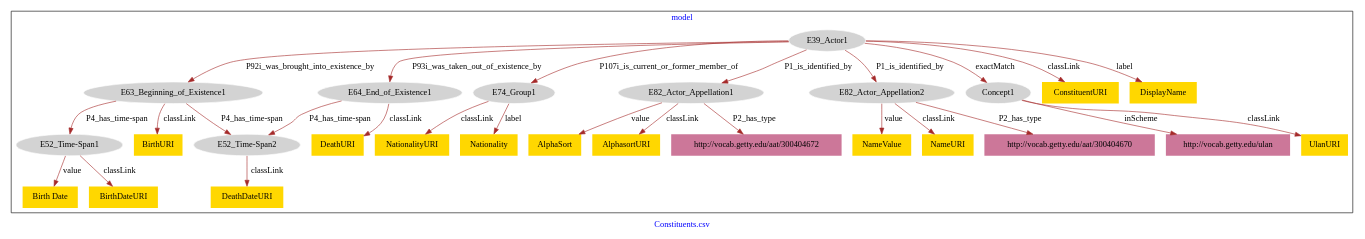
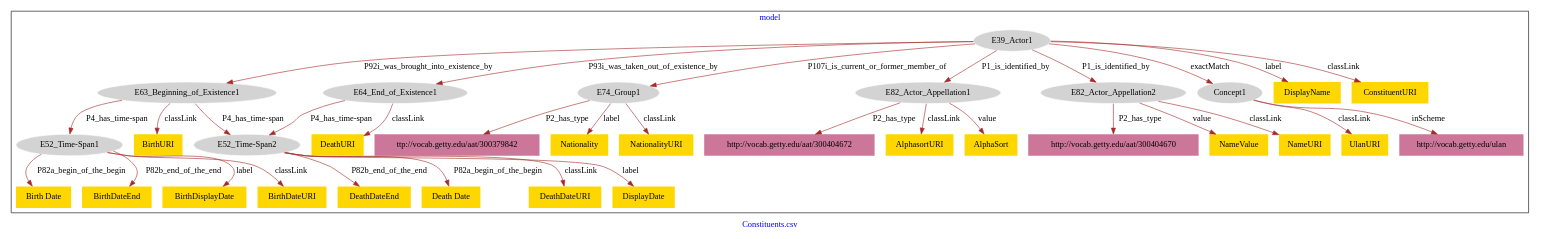
One commit to american-art/GM changed the diagram in Constituents_institutions/Constituents_institutions-model.dot. Above: the diagram before and after it, drawn with Graphviz.

Commit message:
Update file Constituents_institutions-model.dot

```diff
--- a/Constituents_institutions/Constituents_institutions-model.dot
+++ b/Constituents_institutions/Constituents_institutions-model.dot
@@ -1,60 +1,72 @@
 digraph n0 {
 fontcolor="blue"
 remincross="true"
 label="Constituents.csv"
 subgraph cluster {
 label="model"
 n2[style="filled",color="white",fillcolor="lightgray",label="E39_Actor1"];
 n3[style="filled",color="white",fillcolor="lightgray",label="E63_Beginning_of_Existence1"];
 n4[style="filled",color="white",fillcolor="lightgray",label="E64_End_of_Existence1"];
 n5[style="filled",color="white",fillcolor="lightgray",label="E74_Group1"];
 n6[style="filled",color="white",fillcolor="lightgray",label="E82_Actor_Appellation1"];
 n7[style="filled",color="white",fillcolor="lightgray",label="E82_Actor_Appellation2"];
 n8[style="filled",color="white",fillcolor="lightgray",label="Concept1"];
 n9[style="filled",color="white",fillcolor="lightgray",label="E52_Time-Span1"];
 n10[style="filled",color="white",fillcolor="lightgray",label="E52_Time-Span2"];
-n11[shape="plaintext",style="filled",fillcolor="gold",label="Nationality"];
-n12[shape="plaintext",style="filled",fillcolor="gold",label="ConstituentURI"];
-n13[shape="plaintext",style="filled",fillcolor="gold",label="DisplayName"];
-n14[shape="plaintext",style="filled",fillcolor="gold",label="UlanURI"];
-n15[shape="plaintext",style="filled",fillcolor="gold",label="AlphaSort"];
-n16[shape="plaintext",style="filled",fillcolor="gold",label="DeathURI"];
-n17[shape="plaintext",style="filled",fillcolor="gold",label="NameValue"];
-n18[shape="plaintext",style="filled",fillcolor="gold",label="BirthURI"];
+n11[shape="plaintext",style="filled",fillcolor="gold",label="DeathURI"];
+n12[shape="plaintext",style="filled",fillcolor="gold",label="BirthURI"];
+n13[shape="plaintext",style="filled",fillcolor="gold",label="DeathDateEnd"];
+n14[shape="plaintext",style="filled",fillcolor="gold",label="AlphasortURI"];
+n15[shape="plaintext",style="filled",fillcolor="gold",label="Birth Date"];
+n16[shape="plaintext",style="filled",fillcolor="gold",label="BirthDateEnd"];
+n17[shape="plaintext",style="filled",fillcolor="gold",label="Death Date"];
+n18[shape="plaintext",style="filled",fillcolor="gold",label="UlanURI"];
 n19[shape="plaintext",style="filled",fillcolor="gold",label="DeathDateURI"];
-n20[shape="plaintext",style="filled",fillcolor="gold",label="NameURI"];
-n21[shape="plaintext",style="filled",fillcolor="gold",label="BirthDateURI"];
-n22[shape="plaintext",style="filled",fillcolor="gold",label="AlphasortURI"];
-n23[shape="plaintext",style="filled",fillcolor="gold",label="Birth Date"];
-n24[shape="plaintext",style="filled",fillcolor="gold",label="NationalityURI"];
-n25[shape="plaintext",style="filled",fillcolor="#CC7799",label="http://vocab.getty.edu/aat/300404672"];
-n26[shape="plaintext",style="filled",fillcolor="#CC7799",label="http://vocab.getty.edu/aat/300404670"];
-n27[shape="plaintext",style="filled",fillcolor="#CC7799",label="http://vocab.getty.edu/ulan"];
+n20[shape="plaintext",style="filled",fillcolor="gold",label="DisplayDate"];
+n21[shape="plaintext",style="filled",fillcolor="gold",label="Nationality"];
+n22[shape="plaintext",style="filled",fillcolor="gold",label="DisplayName"];
+n23[shape="plaintext",style="filled",fillcolor="gold",label="ConstituentURI"];
+n24[shape="plaintext",style="filled",fillcolor="gold",label="NameValue"];
+n25[shape="plaintext",style="filled",fillcolor="gold",label="AlphaSort"];
+n26[shape="plaintext",style="filled",fillcolor="gold",label="BirthDisplayDate"];
+n27[shape="plaintext",style="filled",fillcolor="gold",label="NameURI"];
+n28[shape="plaintext",style="filled",fillcolor="gold",label="NationalityURI"];
+n29[shape="plaintext",style="filled",fillcolor="gold",label="BirthDateURI"];
+n30[shape="plaintext",style="filled",fillcolor="#CC7799",label="http://vocab.getty.edu/aat/300404672"];
+n31[shape="plaintext",style="filled",fillcolor="#CC7799",label="ttp://vocab.getty.edu/aat/300379842"];
+n32[shape="plaintext",style="filled",fillcolor="#CC7799",label="http://vocab.getty.edu/aat/300404670"];
+n33[shape="plaintext",style="filled",fillcolor="#CC7799",label="http://vocab.getty.edu/ulan"];
 }
 n2 -> n3[color="brown",fontcolor="black",label="P92i_was_brought_into_existence_by"]
 n2 -> n4[color="brown",fontcolor="black",label="P93i_was_taken_out_of_existence_by"]
 n2 -> n5[color="brown",fontcolor="black",label="P107i_is_current_or_former_member_of"]
 n2 -> n6[color="brown",fontcolor="black",label="P1_is_identified_by"]
 n2 -> n7[color="brown",fontcolor="black",label="P1_is_identified_by"]
 n2 -> n8[color="brown",fontcolor="black",label="exactMatch"]
 n3 -> n9[color="brown",fontcolor="black",label="P4_has_time-span"]
 n3 -> n10[color="brown",fontcolor="black",label="P4_has_time-span"]
-n5 -> n11[color="brown",fontcolor="black",label="label"]
-n2 -> n12[color="brown",fontcolor="black",label="classLink"]
-n2 -> n13[color="brown",fontcolor="black",label="label"]
-n8 -> n14[color="brown",fontcolor="black",label="classLink"]
-n6 -> n15[color="brown",fontcolor="black",label="value"]
-n4 -> n16[color="brown",fontcolor="black",label="classLink"]
-n7 -> n17[color="brown",fontcolor="black",label="value"]
-n3 -> n18[color="brown",fontcolor="black",label="classLink"]
+n4 -> n11[color="brown",fontcolor="black",label="classLink"]
+n3 -> n12[color="brown",fontcolor="black",label="classLink"]
+n10 -> n13[color="brown",fontcolor="black",label="P82b_end_of_the_end"]
+n6 -> n14[color="brown",fontcolor="black",label="classLink"]
+n9 -> n15[color="brown",fontcolor="black",label="P82a_begin_of_the_begin"]
+n9 -> n16[color="brown",fontcolor="black",label="P82b_end_of_the_end"]
+n10 -> n17[color="brown",fontcolor="black",label="P82a_begin_of_the_begin"]
+n8 -> n18[color="brown",fontcolor="black",label="classLink"]
 n10 -> n19[color="brown",fontcolor="black",label="classLink"]
-n7 -> n20[color="brown",fontcolor="black",label="classLink"]
-n9 -> n21[color="brown",fontcolor="black",label="classLink"]
-n6 -> n22[color="brown",fontcolor="black",label="classLink"]
-n9 -> n23[color="brown",fontcolor="black",label="value"]
-n5 -> n24[color="brown",fontcolor="black",label="classLink"]
-n6 -> n25[color="brown",fontcolor="black",label="P2_has_type"]
-n7 -> n26[color="brown",fontcolor="black",label="P2_has_type"]
-n8 -> n27[color="brown",fontcolor="black",label="inScheme"]
+n10 -> n20[color="brown",fontcolor="black",label="label"]
+n5 -> n21[color="brown",fontcolor="black",label="label"]
+n2 -> n22[color="brown",fontcolor="black",label="label"]
+n2 -> n23[color="brown",fontcolor="black",label="classLink"]
+n7 -> n24[color="brown",fontcolor="black",label="value"]
+n6 -> n25[color="brown",fontcolor="black",label="value"]
+n9 -> n26[color="brown",fontcolor="black",label="label"]
+n7 -> n27[color="brown",fontcolor="black",label="classLink"]
+n5 -> n28[color="brown",fontcolor="black",label="classLink"]
+n9 -> n29[color="brown",fontcolor="black",label="classLink"]
+n6 -> n30[color="brown",fontcolor="black",label="P2_has_type"]
+n5 -> n31[color="brown",fontcolor="black",label="P2_has_type"]
+n7 -> n32[color="brown",fontcolor="black",label="P2_has_type"]
+n8 -> n33[color="brown",fontcolor="black",label="inScheme"]
 n4 -> n10[color="brown",fontcolor="black",label="P4_has_time-span"]
 }
```
